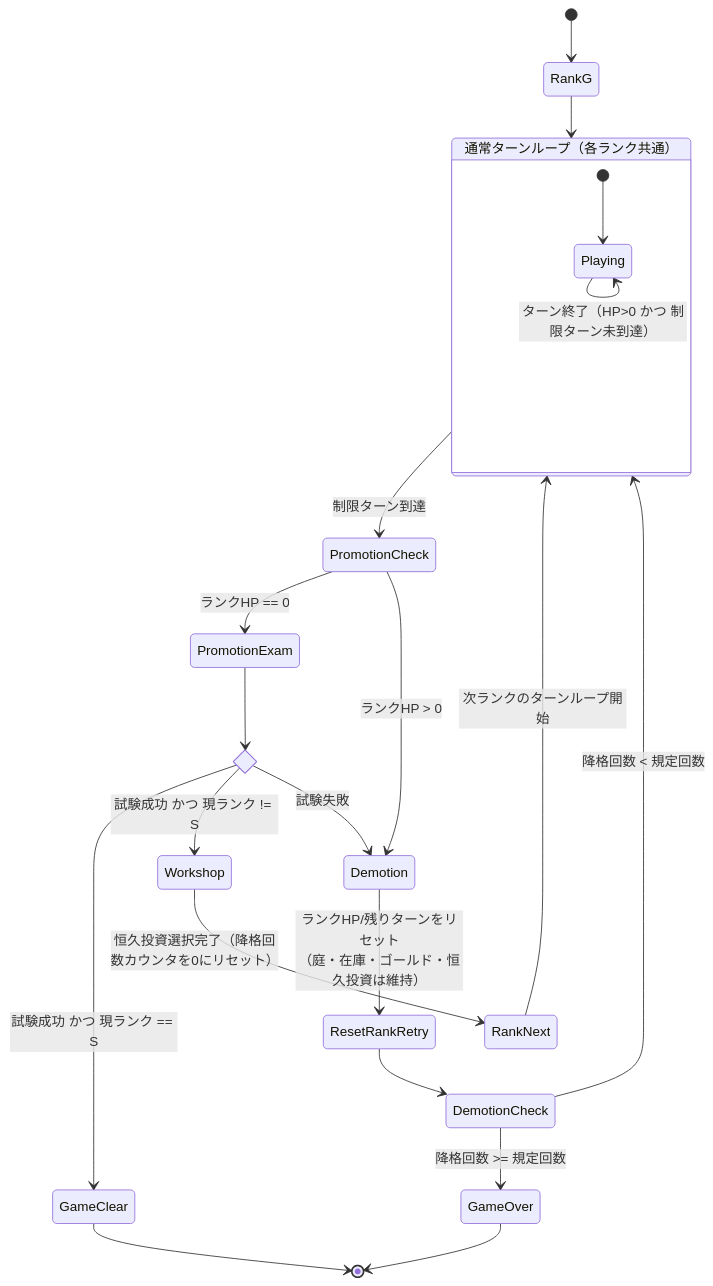
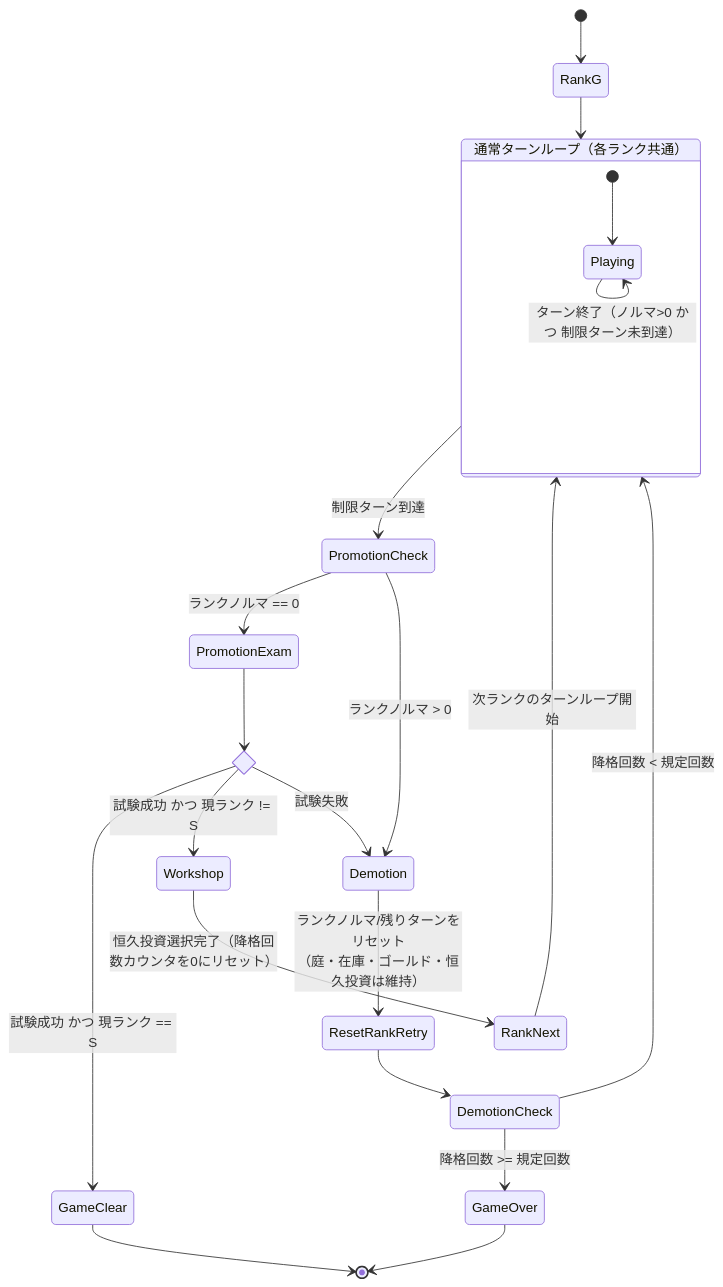
The fifth of 5 diagrams in docs/design/atelier-alchemy-core/dataflow.md (yaguma/alchemy-atelier), drawn with Mermaid before and after one commit. The commit also changed other lines of this file and 13 other files, not shown here.

````diff
--- a/docs/design/atelier-alchemy-core/dataflow.md
+++ b/docs/design/atelier-alchemy-core/dataflow.md
@@ -203,34 +205,34 @@
 ```mermaid
 stateDiagram-v2
     [*] --> RankG
 
     state "通常ターンループ（各ランク共通）" as TurnLoop {
         [*] --> Playing
-        Playing --> Playing: ターン終了（HP>0 かつ 制限ターン未到達）
+        Playing --> Playing: ターン終了（ノルマ>0 かつ 制限ターン未到達）
     }
 
     RankG --> TurnLoop
     TurnLoop --> PromotionCheck: 制限ターン到達
 
     state PromotionCheck <<choice>>
-    PromotionCheck --> PromotionExam: ランクHP == 0
-    PromotionCheck --> Demotion: ランクHP > 0
+    PromotionCheck --> PromotionExam: ランクノルマ == 0
+    PromotionCheck --> Demotion: ランクノルマ > 0
 
     state PromotionExam2 <<choice>>
     PromotionExam --> PromotionExam2
     PromotionExam2 --> GameClear: 試験成功 かつ 現ランク == S
     PromotionExam2 --> Workshop: 試験成功 かつ 現ランク != S
     PromotionExam2 --> Demotion: 試験失敗
 
-    Demotion --> ResetRankRetry: ランクHP/残りターンをリセット<br/>（庭・在庫・ゴールド・恒久投資は維持）
+    Demotion --> ResetRankRetry: ランクノルマ/残りターンをリセット<br/>（庭・在庫・ゴールド・恒久投資は維持）
     ResetRankRetry --> DemotionCheck
     state DemotionCheck <<choice>>
     DemotionCheck --> TurnLoop: 降格回数 < 規定回数
     DemotionCheck --> GameOver: 降格回数 >= 規定回数
 
     Workshop --> RankNext: 恒久投資選択完了（降格回数カウンタを0にリセット）
     RankNext --> TurnLoop: 次ランクのターンループ開始
 
     GameClear --> [*]
     GameOver --> [*]
 ```
````
